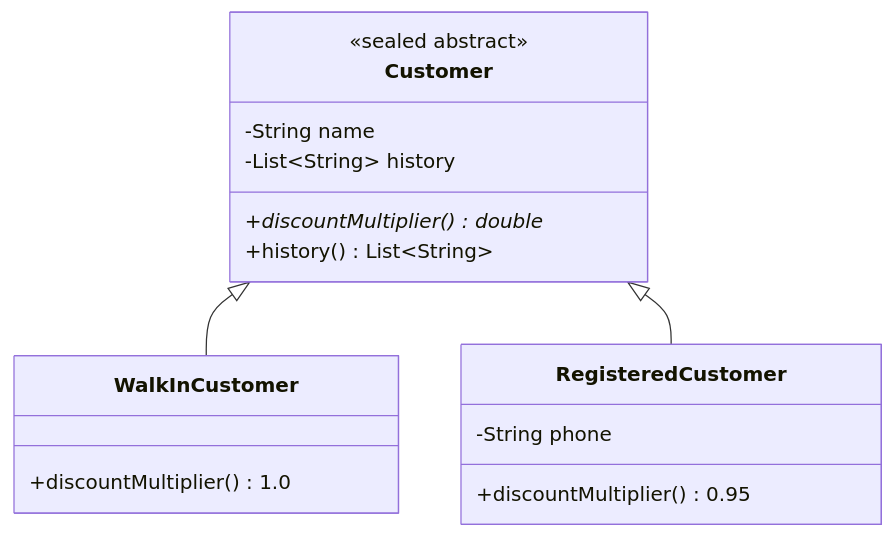
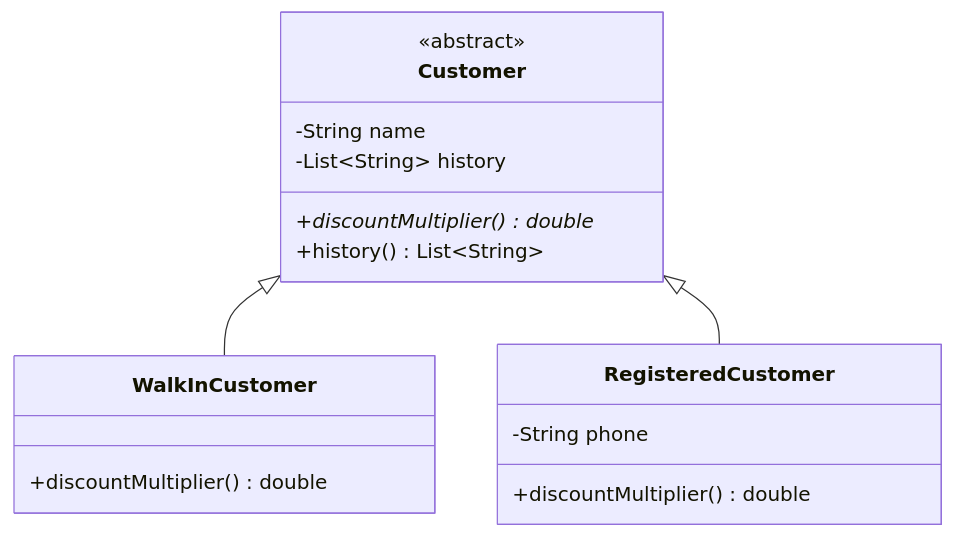
The diagram in docs/decisions/ADR-003-customer-discount-ownership.md (john-okyere-282/akosua-pharmacy-project), drawn with Mermaid before and after one commit. The commit also changed 8 other files, not shown here.

Commit message:
docs: fix Mermaid syntax errors and overhaul README with old/new architecture and ADR rationales

````diff
--- a/docs/decisions/ADR-003-customer-discount-ownership.md
+++ b/docs/decisions/ADR-003-customer-discount-ownership.md
@@ -15,19 +15,19 @@
 ```mermaid
 classDiagram
     class Customer {
-        <<sealed abstract>>
+        <<abstract>>
         -String name
         -List~String~ history
         +discountMultiplier()* double
         +history() List~String~
     }
     class WalkInCustomer {
-        +discountMultiplier() 1.0
+        +discountMultiplier() double
     }
     class RegisteredCustomer {
         -String phone
-        +discountMultiplier() 0.95
+        +discountMultiplier() double
     }
     Customer <|-- WalkInCustomer
     Customer <|-- RegisteredCustomer
 ```
````
